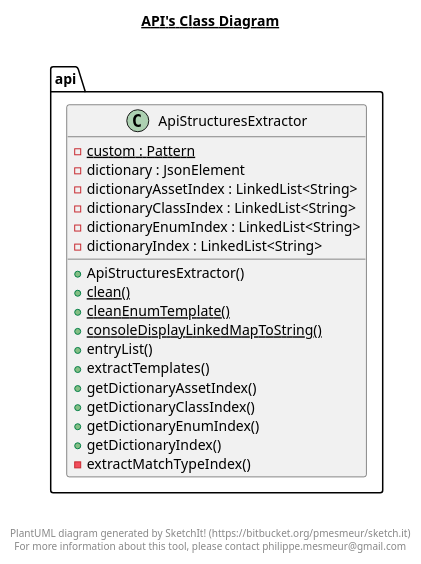
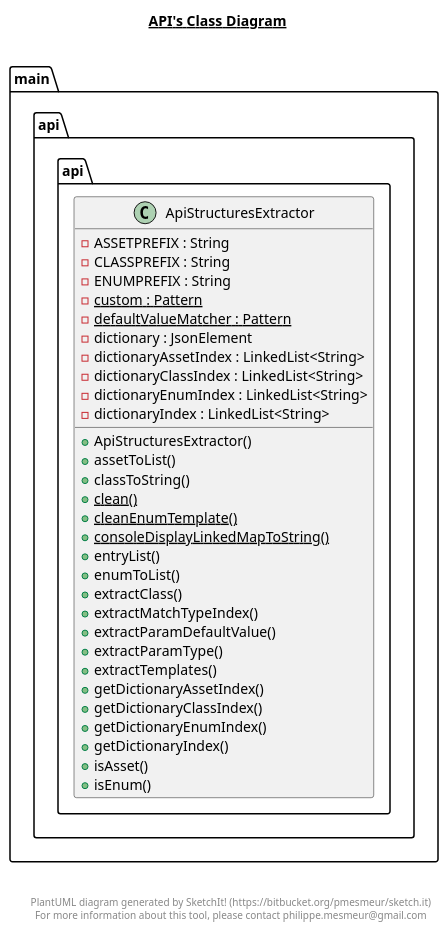
Before and after one commit to Helron1977/PolymorphFoudationModEditor: the diagram in src/main/java/api/api.plantuml, drawn with PlantUML. The commit also changed 9 other files, not shown here.

```diff
--- a/src/main/java/api/api.plantuml
+++ b/src/main/java/api/api.plantuml
@@ -1,37 +1,51 @@
 @startuml
 
 title __API's Class Diagram__\n
 
+  namespace  main{
     namespace api {
       class api.ApiStructuresExtractor {
+          - ASSETPREFIX : String
+          - CLASSPREFIX : String
+          - ENUMPREFIX : String
           {static} - custom : Pattern
+          {static} - defaultValueMatcher : Pattern
           - dictionary : JsonElement
           - dictionaryAssetIndex : LinkedList<String>
           - dictionaryClassIndex : LinkedList<String>
           - dictionaryEnumIndex : LinkedList<String>
           - dictionaryIndex : LinkedList<String>
           + ApiStructuresExtractor()
+          + assetToList()
+          + classToString()
           {static} + clean()
           {static} + cleanEnumTemplate()
           {static} + consoleDisplayLinkedMapToString()
           + entryList()
+          + enumToList()
+          + extractClass()
+          + extractMatchTypeIndex()
+          + extractParamDefaultValue()
+          + extractParamType()
           + extractTemplates()
           + getDictionaryAssetIndex()
           + getDictionaryClassIndex()
           + getDictionaryEnumIndex()
           + getDictionaryIndex()
-          - extractMatchTypeIndex()
+          + isAsset()
+          + isEnum()
       }
     }
+  }
   
 
 
 
 right footer
 
 
 PlantUML diagram generated by SketchIt! (https://bitbucket.org/pmesmeur/sketch.it)
 For more information about this tool, please contact philippe.mesmeur@gmail.com
 endfooter
 
 @enduml
```
